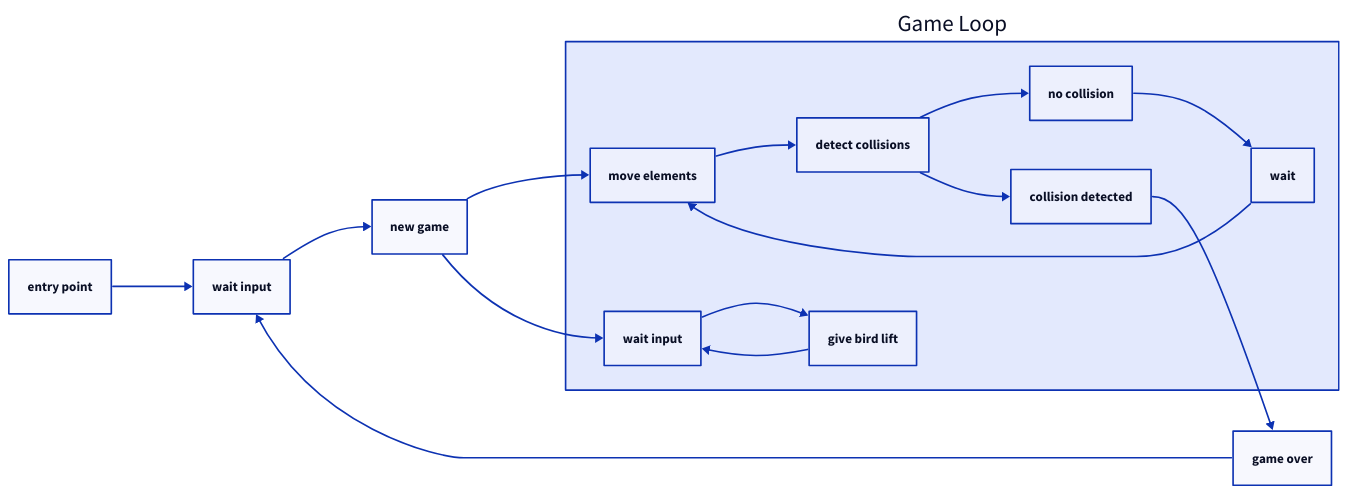
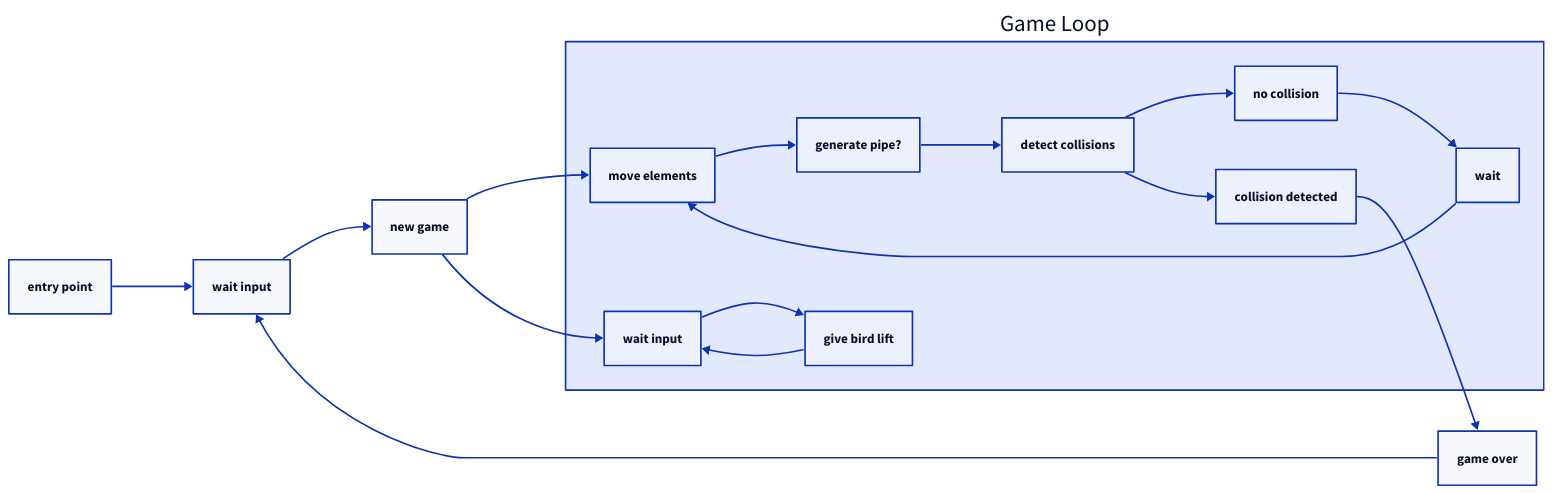
One commit to nhooyr/flappybird changed the diagram in pres/game-loop.d2. Above: the diagram before and after it, drawn with D2. The commit also changed 7 other files, not shown here.

```diff
--- a/pres/game-loop.d2
+++ b/pres/game-loop.d2
@@ -1,17 +1,17 @@
 # This game loop is a simplified overview and inaccurate of the details of
 # the actual game loop.
 
 direction: right
 entry point -> wait input -> new game
 new game -> Game Loop.move elements
 new game -> Game Loop.wait input
 
 Game Loop: {
-  move elements -> detect collisions
+  move elements -> generate pipe? -> detect collisions
   detect collisions -> no collision -> wait -> move elements
   detect collisions -> collision detected -> _.game over
 
   wait input -> give bird lift -> wait input
 }
 
 game over -> wait input
```
